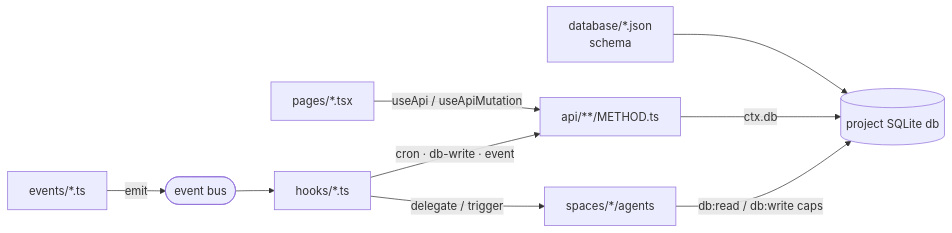
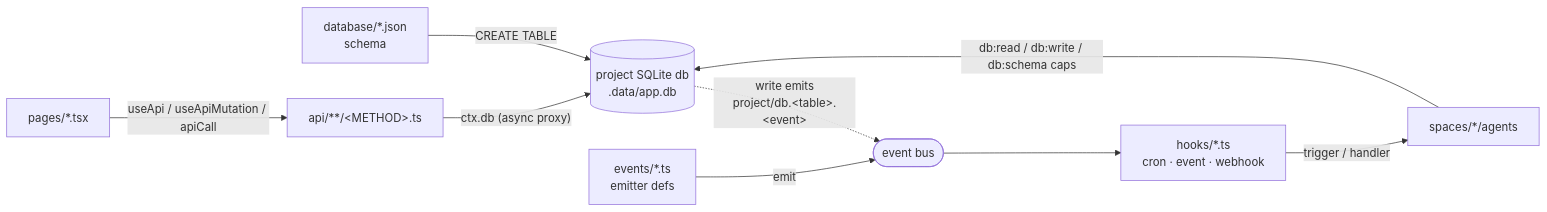
The second of 2 diagrams in org/project/README.md (lmthing/lmthing), drawn with Mermaid before and after one commit. The commit also changed other lines of this file and 40 other files, not shown here.

````diff
--- a/org/project/README.md
+++ b/org/project/README.md
@@ -45,11 +35,11 @@
 ```mermaid
 flowchart LR
-  DB["database/*.json<br/>schema"] --> SQLITE[("project SQLite db")]
-  API["api/**/METHOD.ts"] -->|ctx.db| SQLITE
-  PAGES["pages/*.tsx"] -->|"useApi / useApiMutation"| API
-  HOOKS["hooks/*.ts"] -->|cron · db-write · event| API
-  HOOKS -->|"delegate / trigger"| SPACES["spaces/*/agents"]
-  SPACES -->|db:read / db:write caps| SQLITE
-  EVENTS["events/*.ts"] -->|emit| BUS(["event bus"])
+  DB["database/*.json<br/>schema"] -->|"CREATE TABLE"| SQLITE[("project SQLite db<br/>.data/app.db")]
+  API["api/**/&lt;METHOD&gt;.ts"] -->|"ctx.db (async proxy)"| SQLITE
+  PAGES["pages/*.tsx"] -->|"useApi / useApiMutation / apiCall"| API
+  HOOKS["hooks/*.ts<br/>cron · event · webhook"] -->|"trigger / handler"| SPACES["spaces/*/agents"]
+  SPACES -->|"db:read / db:write / db:schema caps"| SQLITE
+  SQLITE -.->|"write emits<br/>project/db.&lt;table&gt;.&lt;event&gt;"| BUS(["event bus"])
+  EVENTS["events/*.ts<br/>emitter defs"] -->|"emit"| BUS
   BUS --> HOOKS
 ```
````
